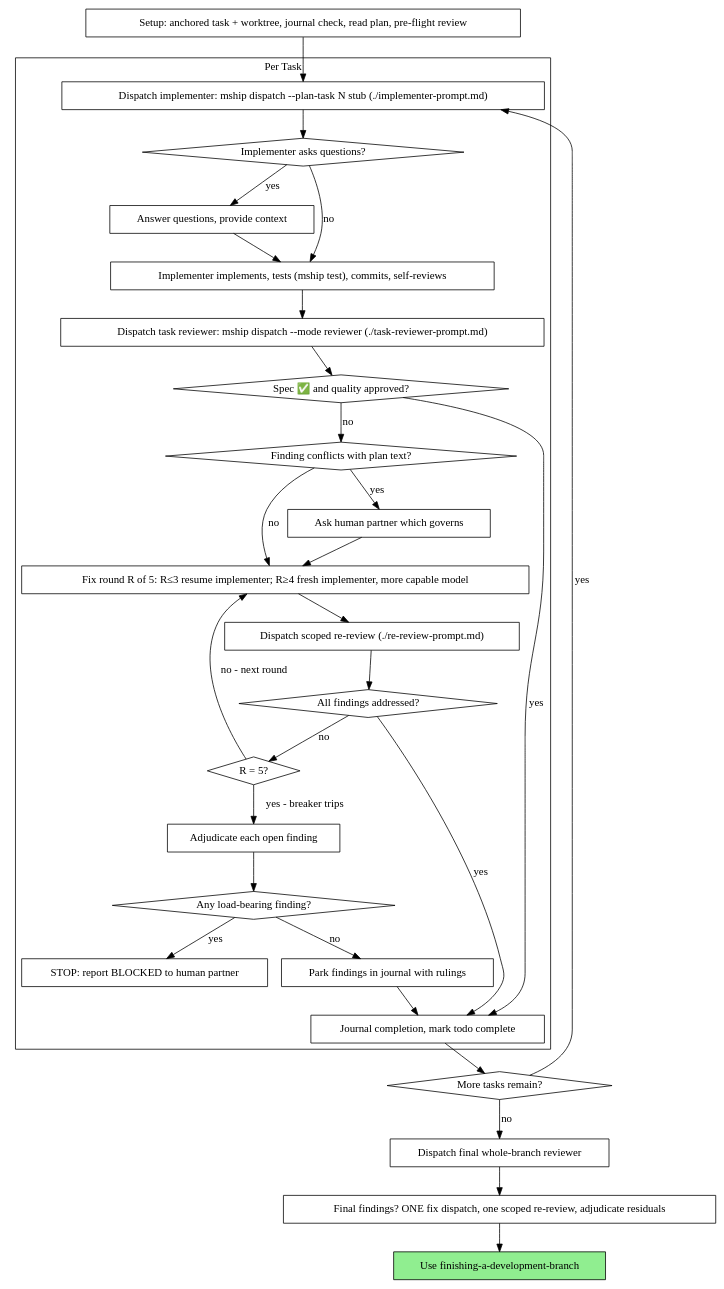
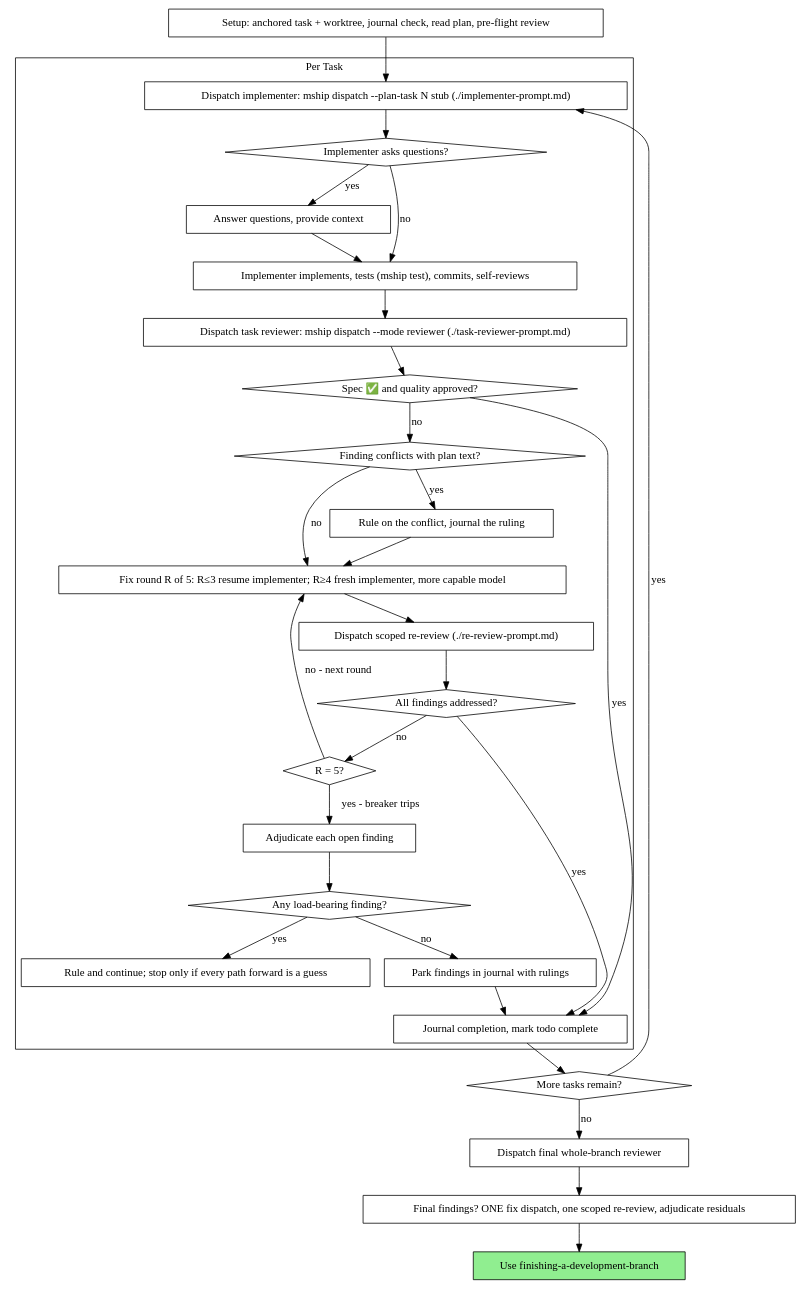
The second of 2 diagrams in src/mship/skills/subagent-driven-development/SKILL.md (atomikpanda/mothership), drawn with Graphviz before and after one commit. The commit also changed other lines of this file and 14 other files, not shown here.

````diff
--- a/src/mship/skills/subagent-driven-development/SKILL.md
+++ b/src/mship/skills/subagent-driven-development/SKILL.md
@@ -76,60 +91,60 @@
 ```dot
 digraph process {
     rankdir=TB;
 
     subgraph cluster_per_task {
         label="Per Task";
         "Dispatch implementer: mship dispatch --plan-task N stub (./implementer-prompt.md)" [shape=box];
         "Implementer asks questions?" [shape=diamond];
         "Answer questions, provide context" [shape=box];
         "Implementer implements, tests (mship test), commits, self-reviews" [shape=box];
         "Dispatch task reviewer: mship dispatch --mode reviewer (./task-reviewer-prompt.md)" [shape=box];
         "Spec ✅ and quality approved?" [shape=diamond];
         "Finding conflicts with plan text?" [shape=diamond];
-        "Ask human partner which governs" [shape=box];
+        "Rule on the conflict, journal the ruling" [shape=box];
         "Fix round R of 5: R≤3 resume implementer; R≥4 fresh implementer, more capable model" [shape=box];
         "Dispatch scoped re-review (./re-review-prompt.md)" [shape=box];
         "All findings addressed?" [shape=diamond];
         "R = 5?" [shape=diamond];
         "Adjudicate each open finding" [shape=box];
         "Any load-bearing finding?" [shape=diamond];
-        "STOP: report BLOCKED to human partner" [shape=box];
+        "Rule and continue; stop only if every path forward is a guess" [shape=box];
         "Park findings in journal with rulings" [shape=box];
         "Journal completion, mark todo complete" [shape=box];
     }
 
     "Setup: anchored task + worktree, journal check, read plan, pre-flight review" [shape=box];
     "More tasks remain?" [shape=diamond];
     "Dispatch final whole-branch reviewer" [shape=box];
     "Final findings? ONE fix dispatch, one scoped re-review, adjudicate residuals" [shape=box];
     "Use finishing-a-development-branch" [shape=box style=filled fillcolor=lightgreen];
 
     "Setup: anchored task + worktree, journal check, read plan, pre-flight review" -> "Dispatch implementer: mship dispatch --plan-task N stub (./implementer-prompt.md)";
     "Dispatch implementer: mship dispatch --plan-task N stub (./implementer-prompt.md)" -> "Implementer asks questions?";
     "Implementer asks questions?" -> "Answer questions, provide context" [label="yes"];
     "Answer questions, provide context" -> "Implementer implements, tests (mship test), commits, self-reviews";
     "Implementer asks questions?" -> "Implementer implements, tests (mship test), commits, self-reviews" [label="no"];
     "Implementer implements, tests (mship test), commits, self-reviews" -> "Dispatch task reviewer: mship dispatch --mode reviewer (./task-reviewer-prompt.md)";
     "Dispatch task reviewer: mship dispatch --mode reviewer (./task-reviewer-prompt.md)" -> "Spec ✅ and quality approved?";
     "Spec ✅ and quality approved?" -> "Journal completion, mark todo complete" [label="yes"];
     "Spec ✅ and quality approved?" -> "Finding conflicts with plan text?" [label="no"];
-    "Finding conflicts with plan text?" -> "Ask human partner which governs" [label="yes"];
-    "Ask human partner which governs" -> "Fix round R of 5: R≤3 resume implementer; R≥4 fresh implementer, more capable model";
+    "Finding conflicts with plan text?" -> "Rule on the conflict, journal the ruling" [label="yes"];
+    "Rule on the conflict, journal the ruling" -> "Fix round R of 5: R≤3 resume implementer; R≥4 fresh implementer, more capable model";
     "Finding conflicts with plan text?" -> "Fix round R of 5: R≤3 resume implementer; R≥4 fresh implementer, more capable model" [label="no"];
     "Fix round R of 5: R≤3 resume implementer; R≥4 fresh implementer, more capable model" -> "Dispatch scoped re-review (./re-review-prompt.md)";
     "Dispatch scoped re-review (./re-review-prompt.md)" -> "All findings addressed?";
     "All findings addressed?" -> "Journal completion, mark todo complete" [label="yes"];
     "All findings addressed?" -> "R = 5?" [label="no"];
     "R = 5?" -> "Fix round R of 5: R≤3 resume implementer; R≥4 fresh implementer, more capable model" [label="no - next round"];
     "R = 5?" -> "Adjudicate each open finding" [label="yes - breaker trips"];
     "Adjudicate each open finding" -> "Any load-bearing finding?";
-    "Any load-bearing finding?" -> "STOP: report BLOCKED to human partner" [label="yes"];
+    "Any load-bearing finding?" -> "Rule and continue; stop only if every path forward is a guess" [label="yes"];
     "Any load-bearing finding?" -> "Park findings in journal with rulings" [label="no"];
     "Park findings in journal with rulings" -> "Journal completion, mark todo complete";
     "Journal completion, mark todo complete" -> "More tasks remain?";
     "More tasks remain?" -> "Dispatch implementer: mship dispatch --plan-task N stub (./implementer-prompt.md)" [label="yes"];
     "More tasks remain?" -> "Dispatch final whole-branch reviewer" [label="no"];
     "Dispatch final whole-branch reviewer" -> "Final findings? ONE fix dispatch, one scoped re-review, adjudicate residuals";
     "Final findings? ONE fix dispatch, one scoped re-review, adjudicate residuals" -> "Use finishing-a-development-branch";
 }
 ```
````
